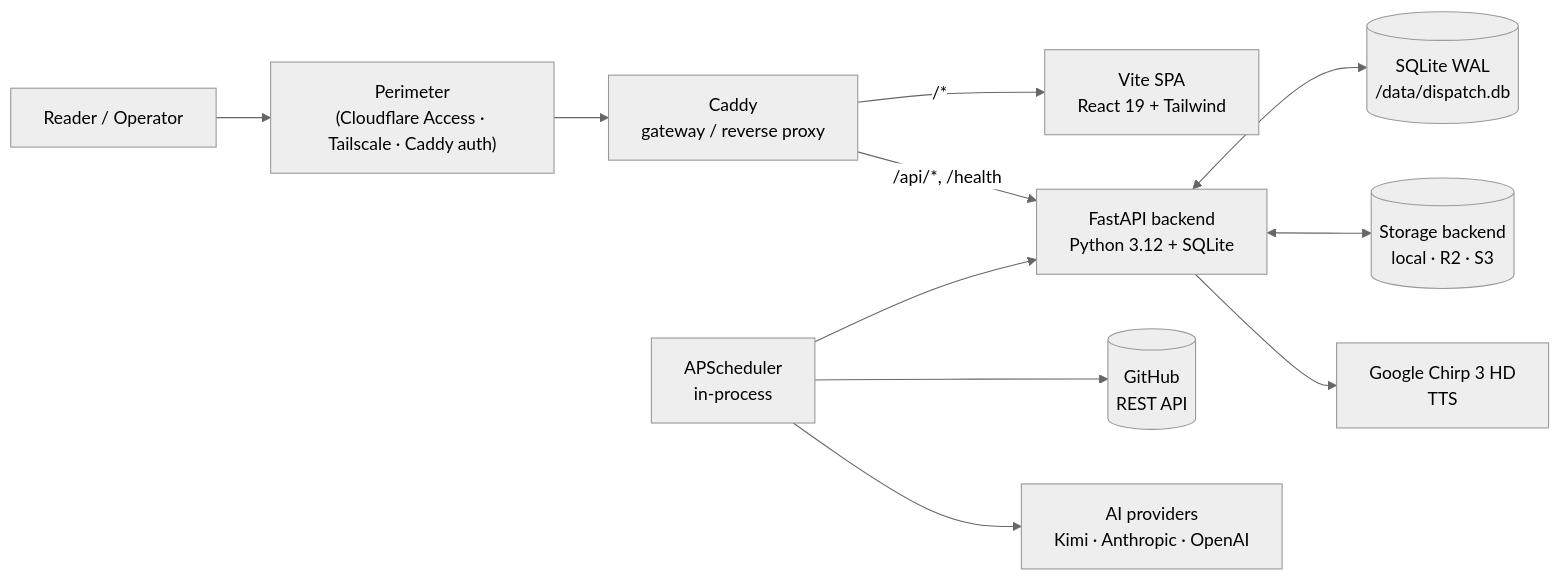
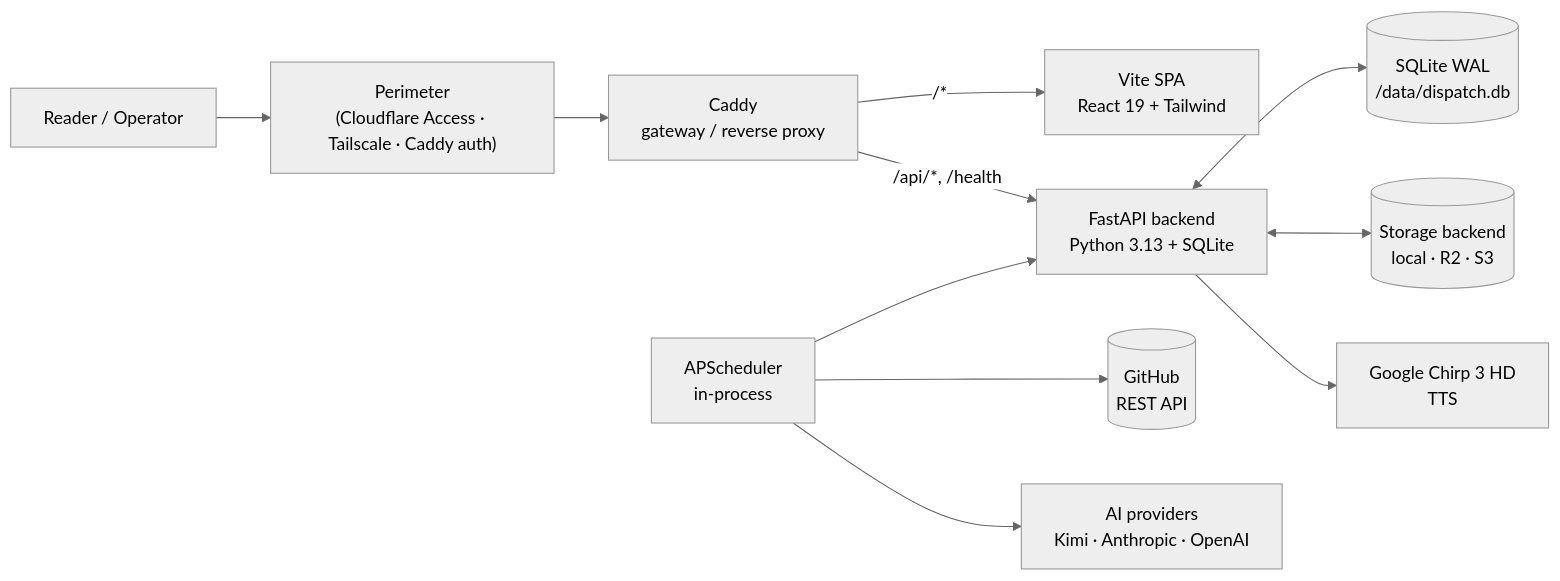
The first of 2 diagrams in docs/architecture/README.md (markdavidgan/dispatch), drawn with Mermaid (neutral theme) before and after one commit. The commit also changed 11 other files, not shown here.

````diff
--- a/docs/architecture/README.md
+++ b/docs/architecture/README.md
@@ -38,24 +38,24 @@
 ```mermaid
 flowchart LR
     user["Reader / Operator"]
     perimeter["Perimeter<br/>(Cloudflare Access · Tailscale · Caddy auth)"]
     caddy["Caddy<br/>gateway / reverse proxy"]
     spa["Vite SPA<br/>React 19 + Tailwind"]
-    api["FastAPI backend<br/>Python 3.12 + SQLite"]
+    api["FastAPI backend<br/>Python 3.13 + SQLite"]
     db[("SQLite WAL<br/>/data/dispatch.db")]
     sched["APScheduler<br/>in-process"]
     storage[("Storage backend<br/>local · R2 · S3")]
     github[("GitHub<br/>REST API")]
     ai["AI providers<br/>Kimi · Anthropic · OpenAI"]
     tts["Google Chirp 3 HD<br/>TTS"]
 
     user --> perimeter --> caddy
     caddy -->|"/*"| spa
     caddy -->|"/api/*, /health"| api
     api <--> db
     api <--> storage
     sched --> api
     sched --> github
     sched --> ai
     api --> tts
 ```
````
